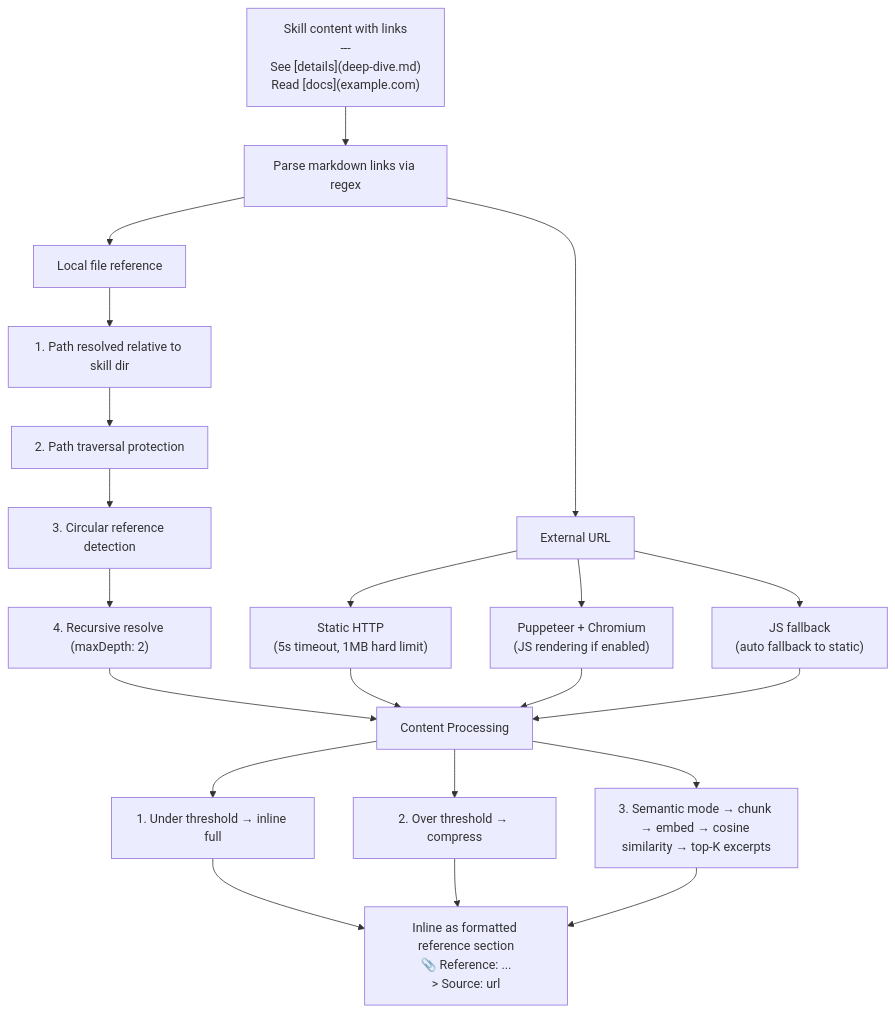
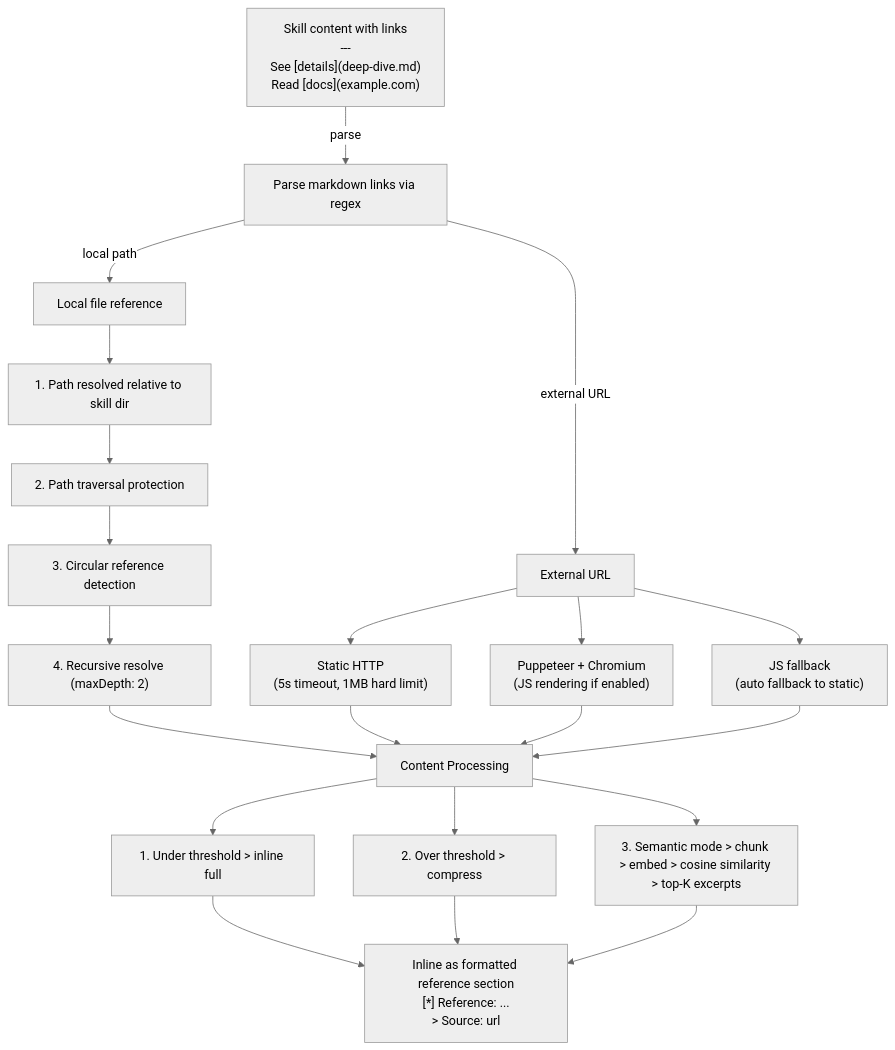
The ninth of 10 diagrams in docs/skill-evolution.md (paulpas/agent-skill-router), drawn with Mermaid before and after one commit. The commit also changed other lines of this file, not shown here.

Commit message:
docs: improve Mermaid diagrams per mermaid-diagrams skill guidelines — add alt-text descriptions, edge labels, YAML config, ASCII safety, and semantic styling

````diff
--- a/docs/skill-evolution.md
+++ b/docs/skill-evolution.md
@@ -396,28 +426,32 @@
 ```mermaid
+---
+config:
+  theme: neutral
+---
 flowchart TD
-    Input["Skill content with links<br/>---<br/>See [details](deep-dive.md)<br/>Read [docs](example.com)"] --> Parse["Parse markdown links via regex"]
+    Input["Skill content with links<br/>---<br/>See [details](deep-dive.md)<br/>Read [docs](example.com)"] -->|"parse"| Parse["Parse markdown links via regex"]
     
-    Parse --> Local["Local file reference"]
+    Parse -->|"local path"| Local["Local file reference"]
     Local --> L1["1. Path resolved relative to skill dir"]
     L1 --> L2["2. Path traversal protection"]
     L2 --> L3["3. Circular reference detection"]
     L3 --> L4["4. Recursive resolve (maxDepth: 2)"]
     
-    Parse --> External["External URL"]
+    Parse -->|"external URL"| External["External URL"]
     External --> E1["Static HTTP<br/>(5s timeout, 1MB hard limit)"]
     External --> E2["Puppeteer + Chromium<br/>(JS rendering if enabled)"]
     External --> E3["JS fallback<br/>(auto fallback to static)"]
     
     L4 --> Process["Content Processing"]
     E1 --> Process
     E2 --> Process
     E3 --> Process
     
-    Process --> P1["1. Under threshold → inline full"]
-    Process --> P2["2. Over threshold → compress"]
-    Process --> P3["3. Semantic mode → chunk → embed → cosine similarity → top-K excerpts"]
+    Process --> P1["1. Under threshold > inline full"]
+    Process --> P2["2. Over threshold > compress"]
+    Process --> P3["3. Semantic mode > chunk > embed > cosine similarity > top-K excerpts"]
     
-    P1 --> Output["Inline as formatted reference section<br/>📎 Reference: ...<br/>> Source: url"]
+    P1 --> Output["Inline as formatted reference section<br/>[*] Reference: ...<br/>> Source: url"]
     P2 --> Output
     P3 --> Output
 ```
````
